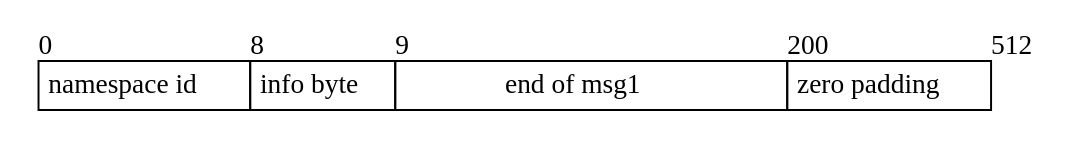
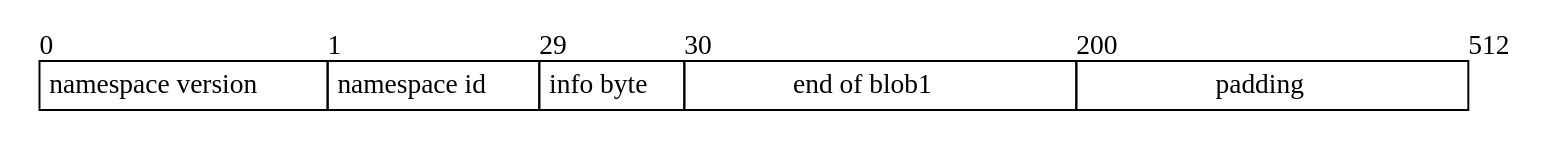
One commit to celestiaorg/celestia-app changed the diagram in specs/src/specs/figures/share_continuation.dot. Above: the diagram before and after it, drawn with Graphviz. The commit also changed 7 other files, not shown here.

Commit message:
update diagrams

```diff
--- a/specs/src/specs/figures/share_continuation.dot
+++ b/specs/src/specs/figures/share_continuation.dot
@@ -1,21 +1,23 @@
 digraph G {
     node [shape = record, penwidth = 0];
 
     share [label=<
     <table border="0" cellborder="1" cellspacing="0">
         <tr>
             <td align="left" border="0" cellpadding="0">0</td>
-            <td align="left" border="0" cellpadding="0">8</td>
-            <td align="left" border="0" cellpadding="0">9</td>
+            <td align="left" border="0" cellpadding="0">1</td>
+            <td align="left" border="0" cellpadding="0">29</td>
+            <td align="left" border="0" cellpadding="0">30</td>
             <td align="left" border="0" cellpadding="0">200</td>
             <td align="left" border="0" cellpadding="0">512</td>
         </tr>
         <tr>
+            <td width="8" cellpadding="4">namespace version</td>
             <td width="8" cellpadding="4">namespace id</td>
             <td width="1" cellpadding="4">info byte</td>
-            <td width="200" cellpadding="4">end of msg1</td>
-            <td width="100" cellpadding="4">zero padding</td>
+            <td width="200" cellpadding="4">end of blob1</td>
+            <td width="200" cellpadding="4">padding</td>
         </tr>
     </table>
     >];
 }
```
